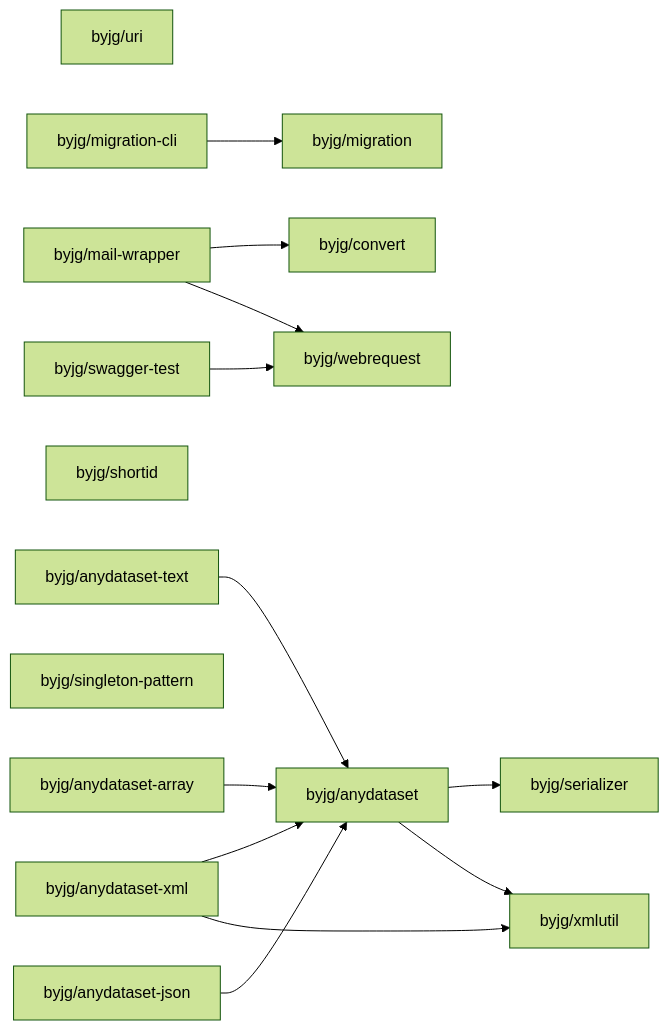
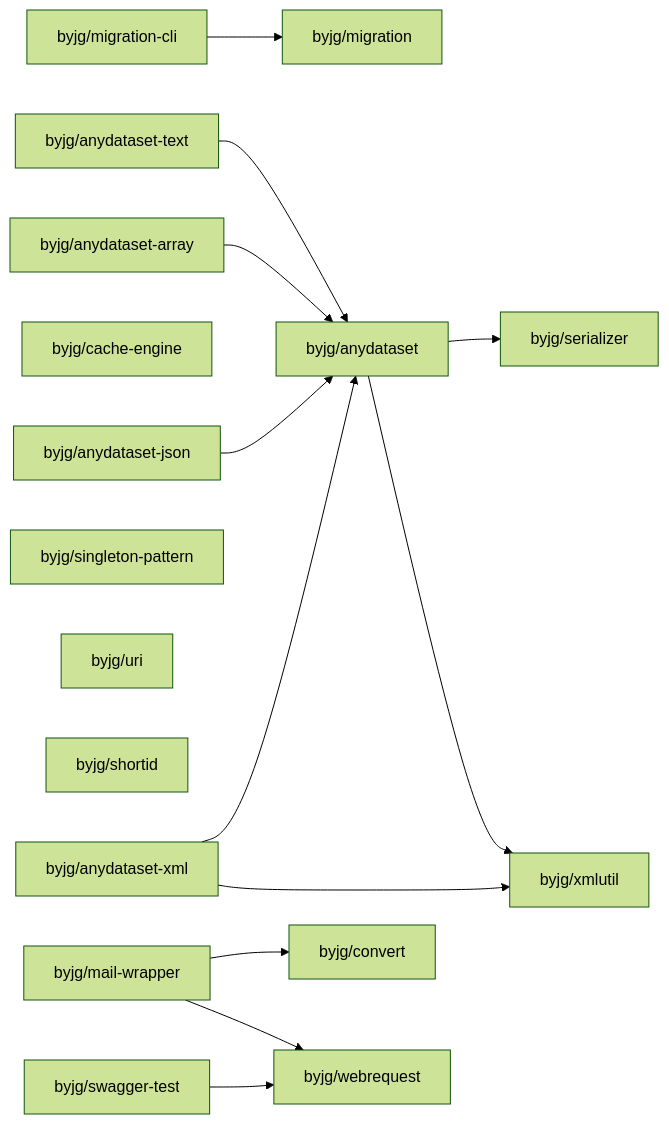
The diagram in php/README.md (byjg/byjg.github.io), drawn with Mermaid (forest theme) before and after one commit. The commit also changed 12 other files, not shown here.

Commit message:
Update documentation 'php' 'php-cache-engine'

````diff
--- a/php/README.md
+++ b/php/README.md
@@ -3,30 +3,31 @@
 ```mermaid
 graph LR;
+  byjg/migration-cli;
+  byjg/anydataset-text;
+  byjg/swagger-test;
+  byjg/cache-engine;
+  byjg/anydataset-array;
+  byjg/singleton-pattern;
   byjg/uri;
-  byjg/migration-cli;
+  byjg/shortid;
+  byjg/anydataset-json;
   byjg/anydataset-xml;
   byjg/mail-wrapper;
-  byjg/shortid;
-  byjg/swagger-test;
-  byjg/singleton-pattern;
-  byjg/anydataset-array;
-  byjg/anydataset-json;
-  byjg/anydataset-text;
   byjg/migration;
+  byjg/anydataset;
   byjg/convert;
   byjg/webrequest;
-  byjg/anydataset;
   byjg/serializer;
   byjg/xmlutil;
   byjg/anydataset-text --> byjg/anydataset;
   byjg/anydataset-xml --> byjg/anydataset;
   byjg/anydataset-xml --> byjg/xmlutil;
   byjg/anydataset-array --> byjg/anydataset;
   byjg/mail-wrapper --> byjg/convert;
   byjg/mail-wrapper --> byjg/webrequest;
   byjg/anydataset-json --> byjg/anydataset;
   byjg/swagger-test --> byjg/webrequest;
   byjg/migration-cli --> byjg/migration;
   byjg/anydataset --> byjg/serializer;
   byjg/anydataset --> byjg/xmlutil;
 ```
````
